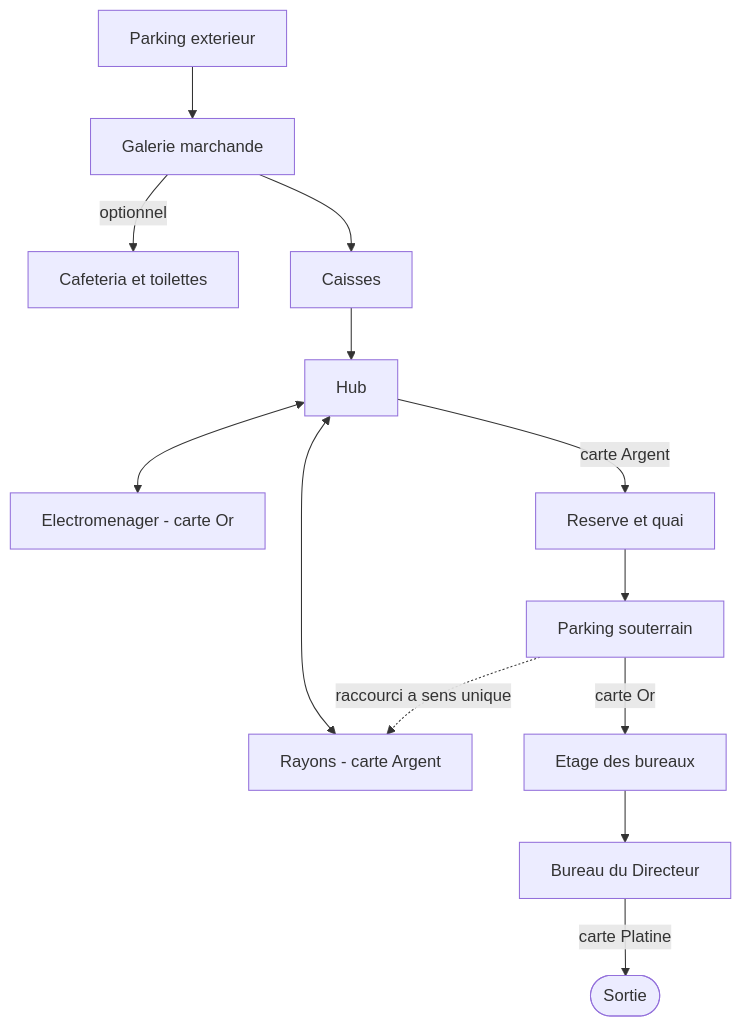
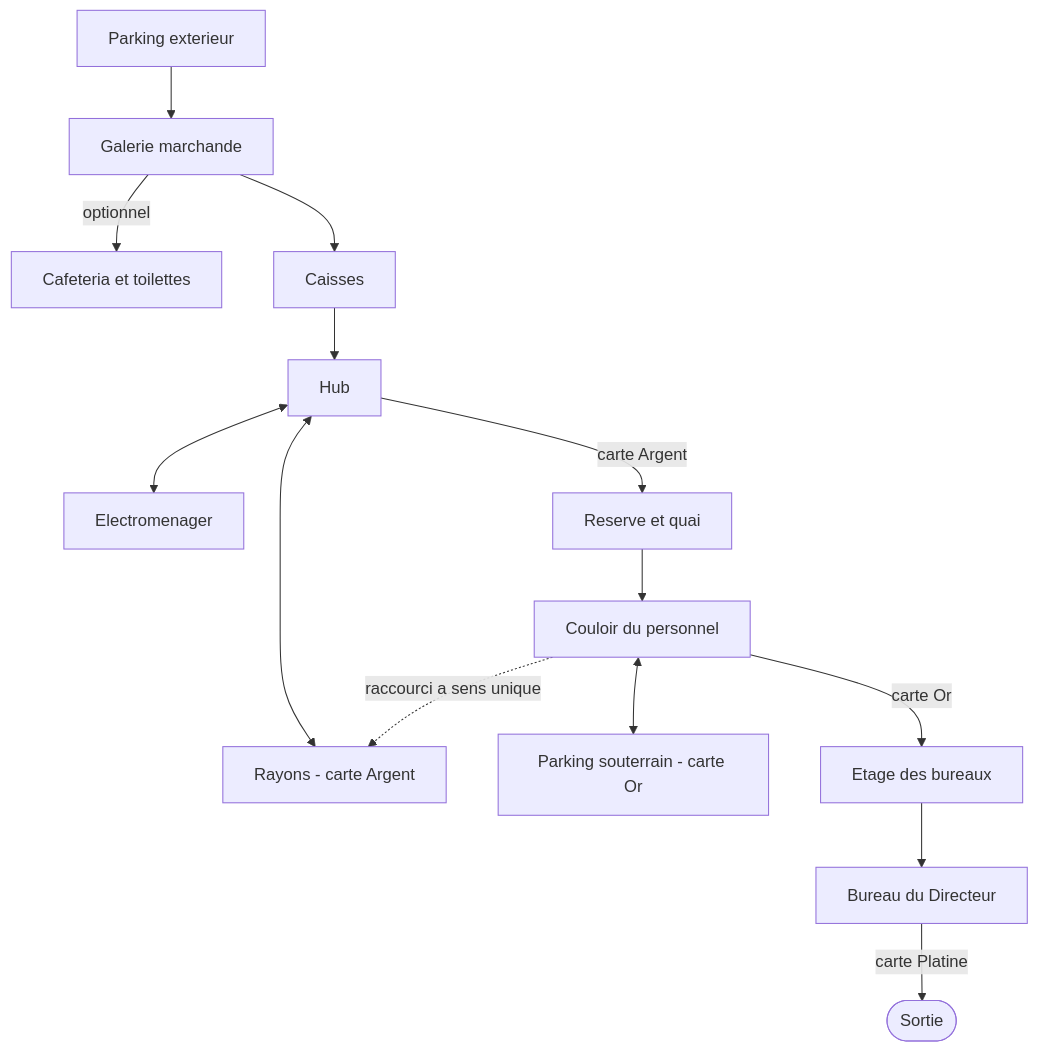
Before and after one commit to benjiGir/projet-cassandre: the diagram in docs/2-fonctionnel/le-niveau.md, drawn with Mermaid. The commit also changed other lines of this file and 136 other files, not shown here.

````diff
--- a/docs/2-fonctionnel/le-niveau.md
+++ b/docs/2-fonctionnel/le-niveau.md
@@ -64,15 +68,16 @@
 ```mermaid
 flowchart TD
   A[Parking exterieur] --> B[Galerie marchande]
   B -->|optionnel| C[Cafeteria et toilettes]
   B --> D[Caisses]
   D --> E[Hub]
   E <--> F[Rayons - carte Argent]
-  E <--> G[Electromenager - carte Or]
+  E <--> G[Electromenager]
   E -->|carte Argent| H[Reserve et quai]
-  H --> I[Parking souterrain]
-  I -->|carte Or| J[Etage des bureaux]
-  J --> K[Bureau du Directeur]
-  K -->|carte Platine| L([Sortie])
+  H --> I[Couloir du personnel]
+  I <--> J[Parking souterrain - carte Or]
+  I -->|carte Or| K[Etage des bureaux]
+  K --> L[Bureau du Directeur]
+  L -->|carte Platine| M([Sortie])
   I -.raccourci a sens unique.-> F
 ```
````
